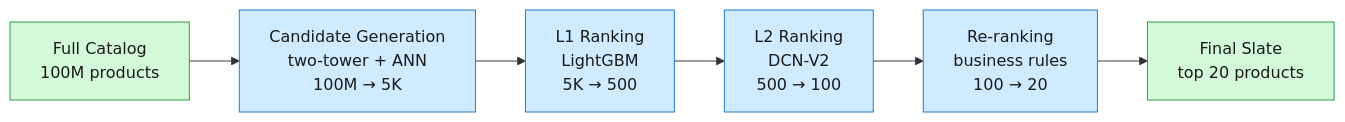
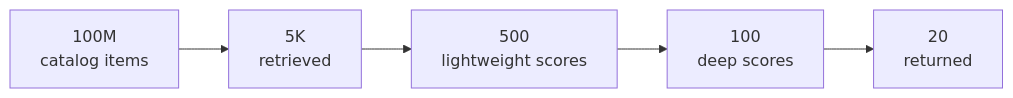
The second of 3 diagrams in _designs/product-recommendations.md (iliazlobin/iliazlobin.github.io), drawn with Mermaid before and after one commit. The commit also changed other lines of this file and 95 other files, not shown here.

````diff
--- a/_designs/product-recommendations.md
+++ b/_designs/product-recommendations.md
@@ -162,20 +200,7 @@
 ```mermaid
-graph LR
-    Corpus["Full Catalog<br/>100M products"]
-    Retrieval["Candidate Generation<br/>two-tower + ANN<br/>100M → 5K"]
-    L1["L1 Ranking<br/>LightGBM<br/>5K → 500"]
-    L2["L2 Ranking<br/>DCN-V2<br/>500 → 100"]
-    ReRank["Re-ranking<br/>business rules<br/>100 → 20"]
-    Slate["Final Slate<br/>top 20 products"]
-
-    Corpus --> Retrieval
-    Retrieval --> L1
-    L1 --> L2
-    L2 --> ReRank
-    ReRank --> Slate
-
-    classDef compute fill:#d0ebff,stroke:#1c7ed6,color:#1A1A1A;
-    classDef result fill:#d3f9d8,stroke:#2f9e44,color:#1A1A1A;
-    class Retrieval,L1,L2,ReRank compute;
-    class Corpus,Slate result;
+flowchart LR
+  A["100M<br/>catalog items"] --> B["5K<br/>retrieved"]
+  B --> C["500<br/>lightweight scores"]
+  C --> D["100<br/>deep scores"]
+  D --> E["20<br/>returned"]
 ```
````
